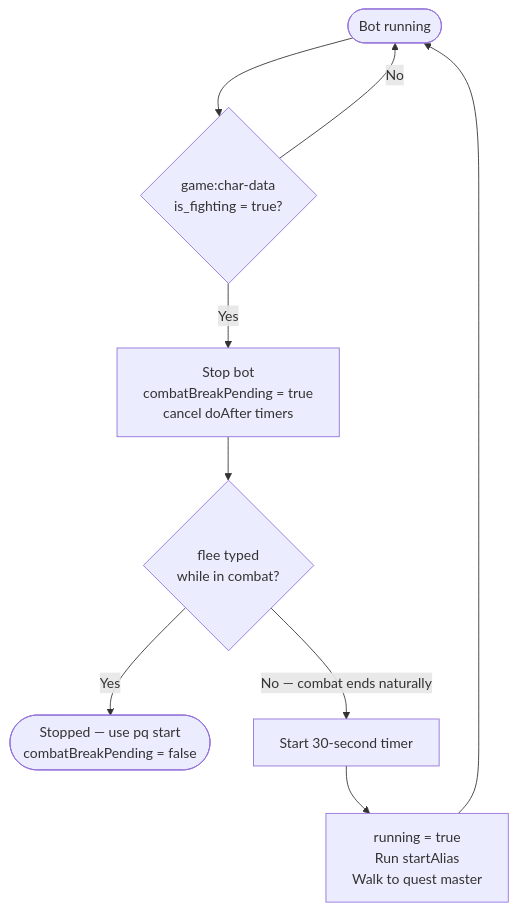
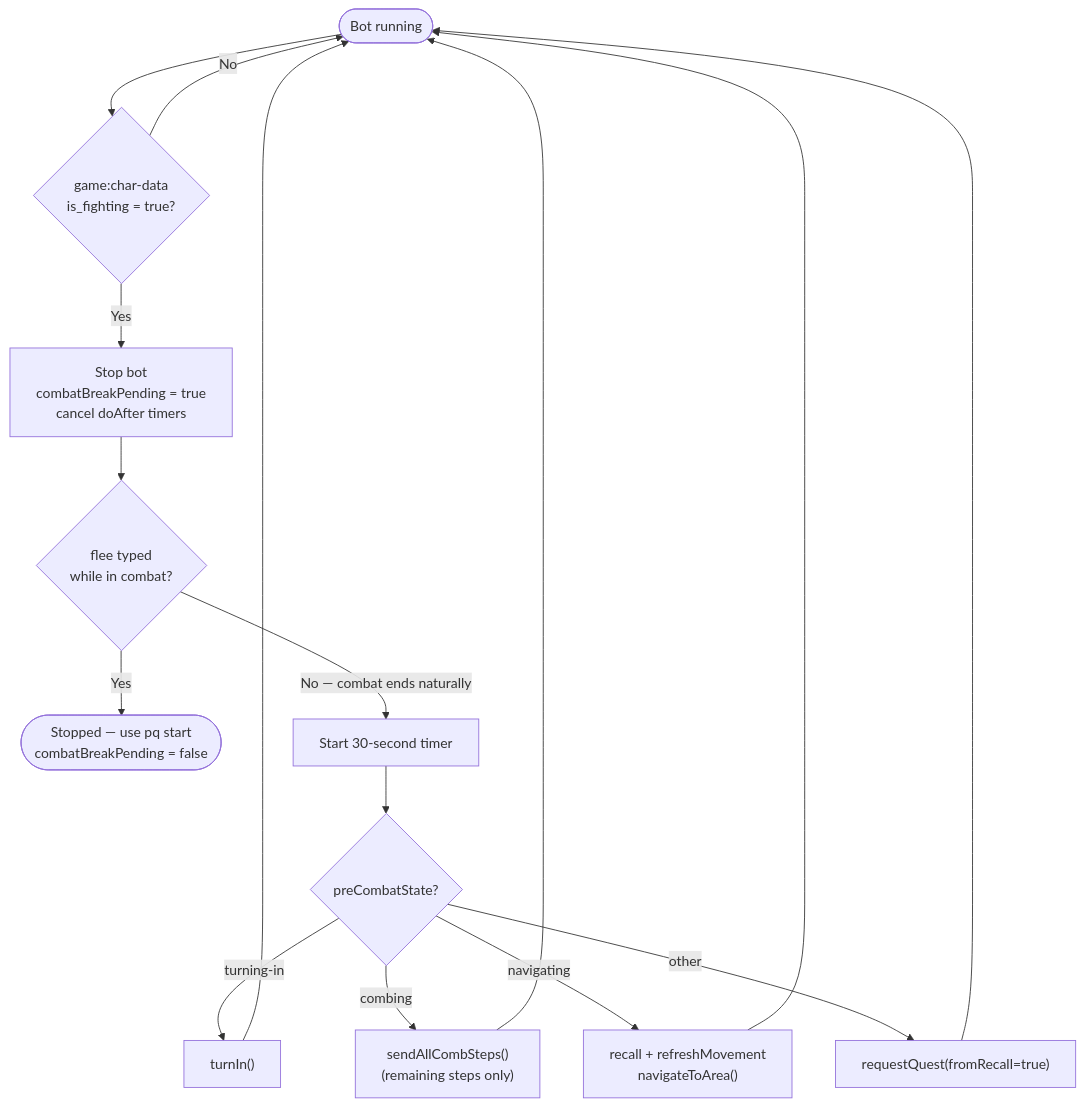
Before and after one commit to TournyMasterBot/Shattered-Archive: the third of 3 diagrams in docs/features/questbot.md, drawn with Mermaid. The commit also changed other lines of this file and 3 other files, not shown here.

````diff
--- a/docs/features/questbot.md
+++ b/docs/features/questbot.md
@@ -59,13 +95,22 @@
 ```mermaid
 flowchart TD
     RUNNING([Bot running]) --> GMCP_F{"game:char-data<br/>is_fighting = true?"}
     GMCP_F -- No --> RUNNING
     GMCP_F -- Yes --> STOP["Stop bot<br/>combatBreakPending = true<br/>cancel doAfter timers"]
 
     STOP --> FLEE{"flee typed<br/>while in combat?"}
     FLEE -- Yes --> CANCELLED(["Stopped — use pq start<br/>combatBreakPending = false"])
 
-    FLEE -- "No — combat ends naturally" --> TIMER[Start 30-second timer]
-    TIMER --> RESUME["running = true<br/>Run startAlias<br/>Walk to quest master"]
-    RESUME --> RUNNING
+    FLEE -- "No — combat ends naturally" --> TIMER["Start 30-second timer"]
+    TIMER --> WHICH{"preCombatState?"}
+
+    WHICH -- turning-in --> RESUME_TI["turnIn()"]
+    WHICH -- combing --> RESUME_COMB["sendAllCombSteps()<br/>(remaining steps only)"]
+    WHICH -- navigating --> RESUME_NAV["recall + refreshMovement<br/>navigateToArea()"]
+    WHICH -- other --> RESUME_REQ["requestQuest(fromRecall=true)"]
+
+    RESUME_TI --> RUNNING
+    RESUME_COMB --> RUNNING
+    RESUME_NAV --> RUNNING
+    RESUME_REQ --> RUNNING
 ```
````
